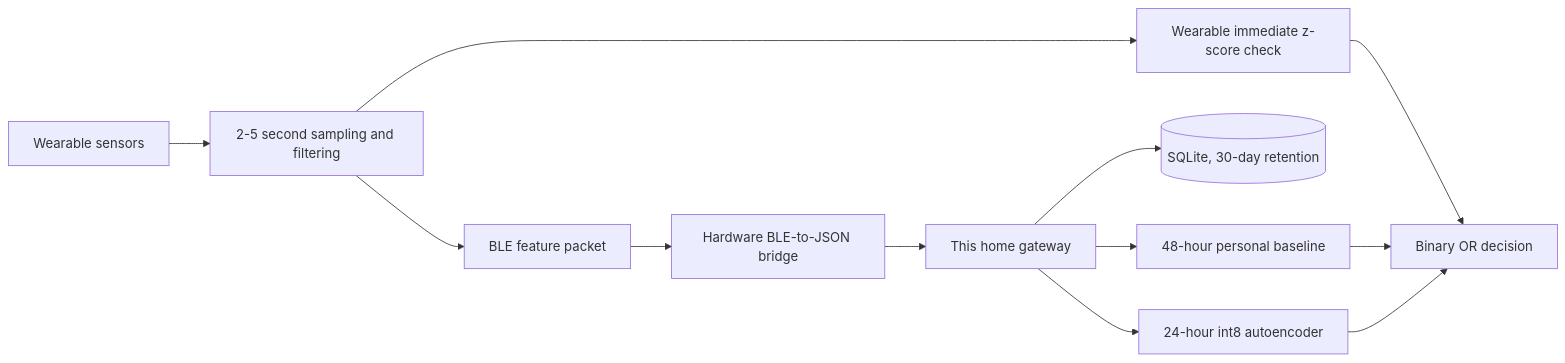
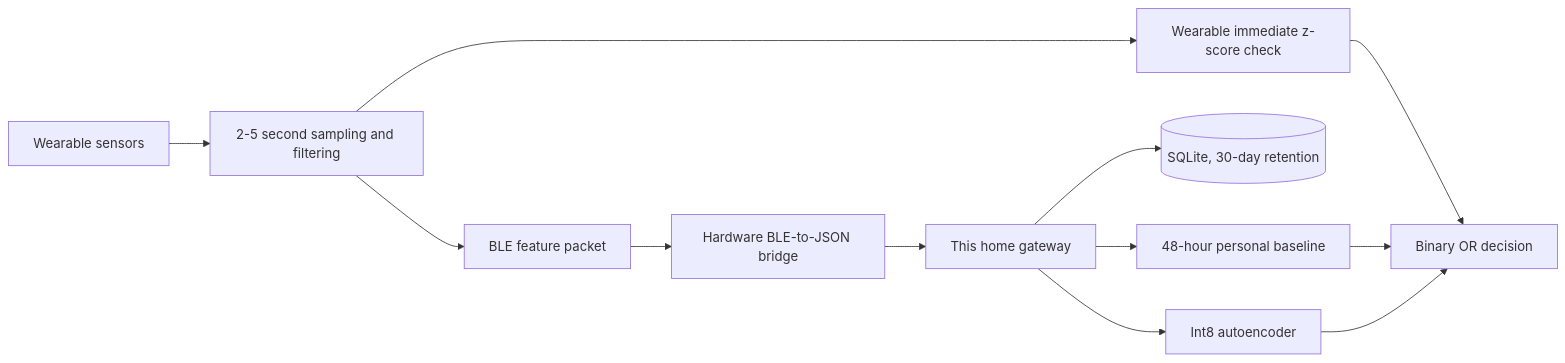
One commit to Sammybams/home-health-monitor changed the diagram in README.md. Above: the diagram before and after it, drawn with Mermaid. The commit also changed other lines of this file and 10 other files, not shown here.

````diff
--- a/README.md
+++ b/README.md
@@ -22,14 +22,14 @@
 ```mermaid
 flowchart LR
     S[Wearable sensors] --> F[2-5 second sampling and filtering]
     F --> W[Wearable immediate z-score check]
     F --> B[BLE feature packet]
     B --> J[Hardware BLE-to-JSON bridge]
     J --> G[This home gateway]
     G --> D[(SQLite, 30-day retention)]
     G --> P[48-hour personal baseline]
-    G --> A[24-hour int8 autoencoder]
+    G --> A[Int8 autoencoder]
     W --> O[Binary OR decision]
     P --> O
     A --> O
 ```
````
